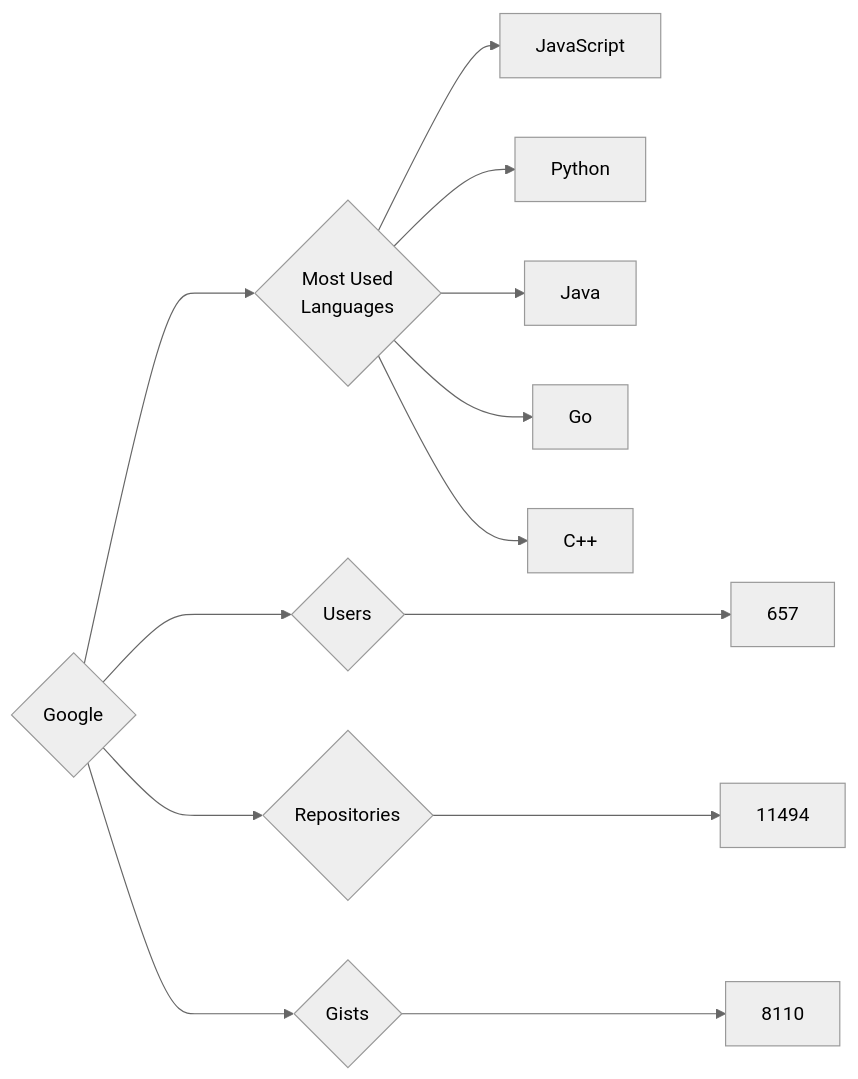
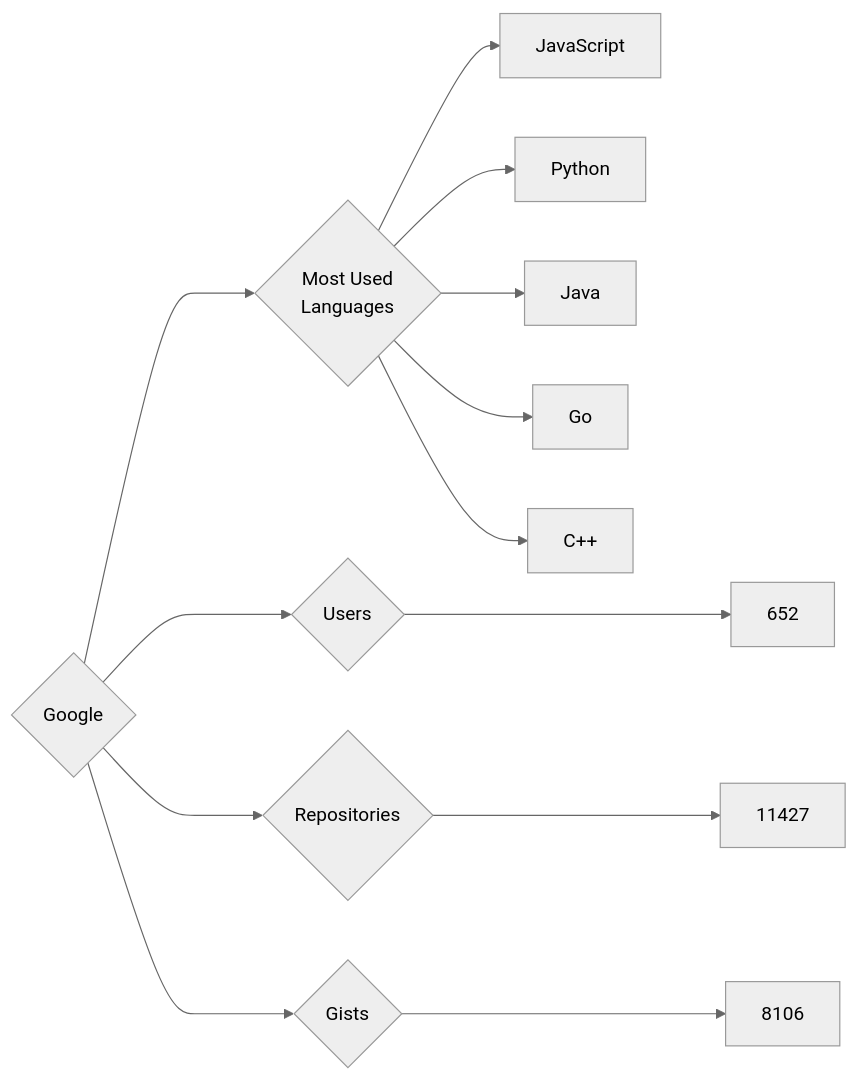
One commit to trickest/insiders changed the diagram in targets/Google/README.md. Above: the diagram before and after it, drawn with Mermaid (neutral theme). The commit also changed 912 other files, not shown here.

````diff
--- a/targets/Google/README.md
+++ b/targets/Google/README.md
@@ -3,13 +3,13 @@
 ```mermaid
 graph LR
 COMPANY_NAME{Google}
-COMPANY_NAME ---> U{Users} ---> UN[657]
-COMPANY_NAME ---> R{Repositories} ---> RN[11494]
-COMPANY_NAME ---> G{Gists} ---> GN[8110]
+COMPANY_NAME ---> U{Users} ---> UN[652]
+COMPANY_NAME ---> R{Repositories} ---> RN[11427]
+COMPANY_NAME ---> G{Gists} ---> GN[8106]
 COMPANY_NAME ---> ML{Most Used<br>Languages}
 ML --> JavaScript[JavaScript]
 ML --> Python[Python]
 ML --> Java[Java]
 ML --> Go[Go]
 ML --> C++[C++]
 ```
````
